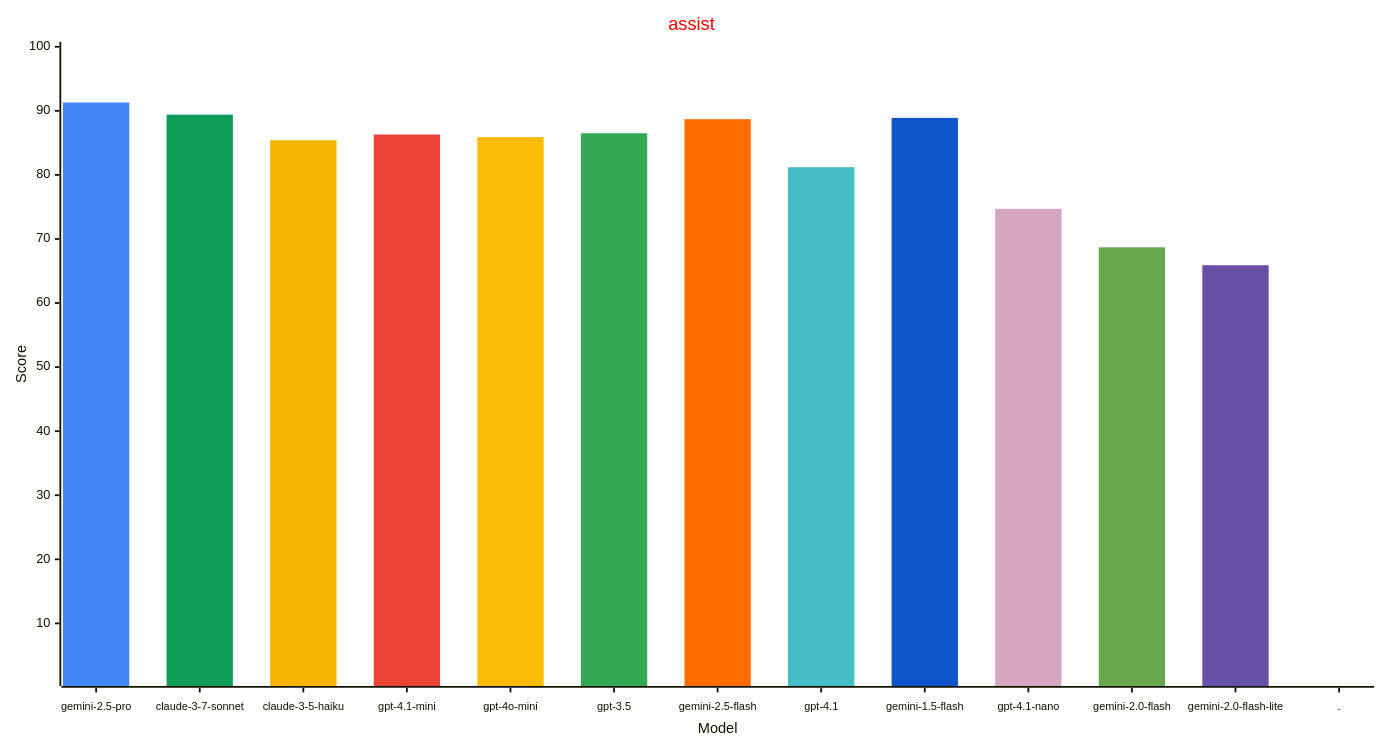
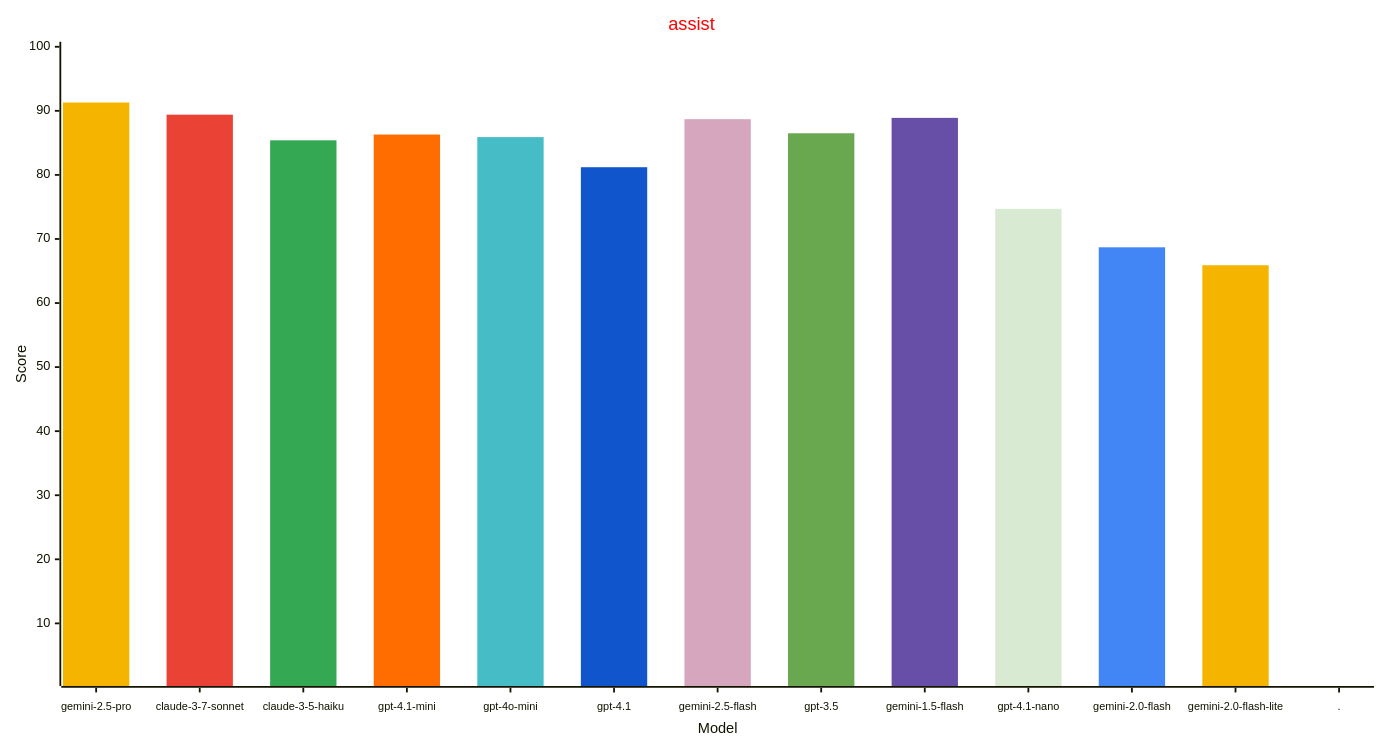
One commit to allenporter/home-assistant-datasets changed the first of 4 diagrams in reports/README.md. Above: the diagram before and after it, drawn with Mermaid. The commit also changed other lines of this file, not shown here.

````diff
--- a/reports/README.md
+++ b/reports/README.md
@@ -41,33 +46,33 @@
 ```mermaid
 ---
 config:
     xyChart:
         width: 1500
         height: 800
         xAxis:
           labelFontSize: 12
           labelPadding: 8
     themeVariables:
         xyChart:
             titleColor: "#ff0000"
-            plotColorPalette: "#4285f4, #0f9d58, #f4b400, #ea4335, #fbbc04, #34a853, #ff6d01, #46bdc6, #1155cc, #d5a6bd, #6aa84f, #674ea7, #4285f4"
+            plotColorPalette: "#f4b400, #ea4335, #34a853, #ff6d01, #46bdc6, #1155cc, #d5a6bd, #6aa84f, #674ea7, #d9ead3, #4285f4, #f4b400, #4285f4"
 
 ---
 xychart-beta
   title "assist"
-  x-axis "Model" [gemini-2.5-pro, claude-3-7-sonnet, claude-3-5-haiku, gpt-4.1-mini, gpt-4o-mini, gpt-3.5, gemini-2.5-flash, gpt-4.1, gemini-1.5-flash, gpt-4.1-nano, gemini-2.0-flash, gemini-2.0-flash-lite, .]
+  x-axis "Model" [gemini-2.5-pro, claude-3-7-sonnet, claude-3-5-haiku, gpt-4.1-mini, gpt-4o-mini, gpt-4.1, gemini-2.5-flash, gpt-3.5, gemini-1.5-flash, gpt-4.1-nano, gemini-2.0-flash, gemini-2.0-flash-lite, .]
   y-axis "Score" 1 --> 100
   bar [91.3, 0.0, 0.0, 0.0, 0.0, 0.0, 0.0, 0.0, 0.0, 0.0, 0.0, 0.0, 0.0]
   bar [0.0, 89.4, 0.0, 0.0, 0.0, 0.0, 0.0, 0.0, 0.0, 0.0, 0.0, 0.0, 0.0]
   bar [0.0, 0.0, 85.4, 0.0, 0.0, 0.0, 0.0, 0.0, 0.0, 0.0, 0.0, 0.0, 0.0]
   bar [0.0, 0.0, 0.0, 86.3, 0.0, 0.0, 0.0, 0.0, 0.0, 0.0, 0.0, 0.0, 0.0]
   bar [0.0, 0.0, 0.0, 0.0, 85.9, 0.0, 0.0, 0.0, 0.0, 0.0, 0.0, 0.0, 0.0]
-  bar [0.0, 0.0, 0.0, 0.0, 0.0, 86.5, 0.0, 0.0, 0.0, 0.0, 0.0, 0.0, 0.0]
+  bar [0.0, 0.0, 0.0, 0.0, 0.0, 81.2, 0.0, 0.0, 0.0, 0.0, 0.0, 0.0, 0.0]
   bar [0.0, 0.0, 0.0, 0.0, 0.0, 0.0, 88.7, 0.0, 0.0, 0.0, 0.0, 0.0, 0.0]
-  bar [0.0, 0.0, 0.0, 0.0, 0.0, 0.0, 0.0, 81.2, 0.0, 0.0, 0.0, 0.0, 0.0]
+  bar [0.0, 0.0, 0.0, 0.0, 0.0, 0.0, 0.0, 86.5, 0.0, 0.0, 0.0, 0.0, 0.0]
   bar [0.0, 0.0, 0.0, 0.0, 0.0, 0.0, 0.0, 0.0, 88.9, 0.0, 0.0, 0.0, 0.0]
   bar [0.0, 0.0, 0.0, 0.0, 0.0, 0.0, 0.0, 0.0, 0.0, 74.7, 0.0, 0.0, 0.0]
   bar [0.0, 0.0, 0.0, 0.0, 0.0, 0.0, 0.0, 0.0, 0.0, 0.0, 68.7, 0.0, 0.0]
   bar [0.0, 0.0, 0.0, 0.0, 0.0, 0.0, 0.0, 0.0, 0.0, 0.0, 0.0, 65.9, 0.0]
   bar [0.0, 0.0, 0.0, 0.0, 0.0, 0.0, 0.0, 0.0, 0.0, 0.0, 0.0, 0.0, -1.0]
 ```
````
